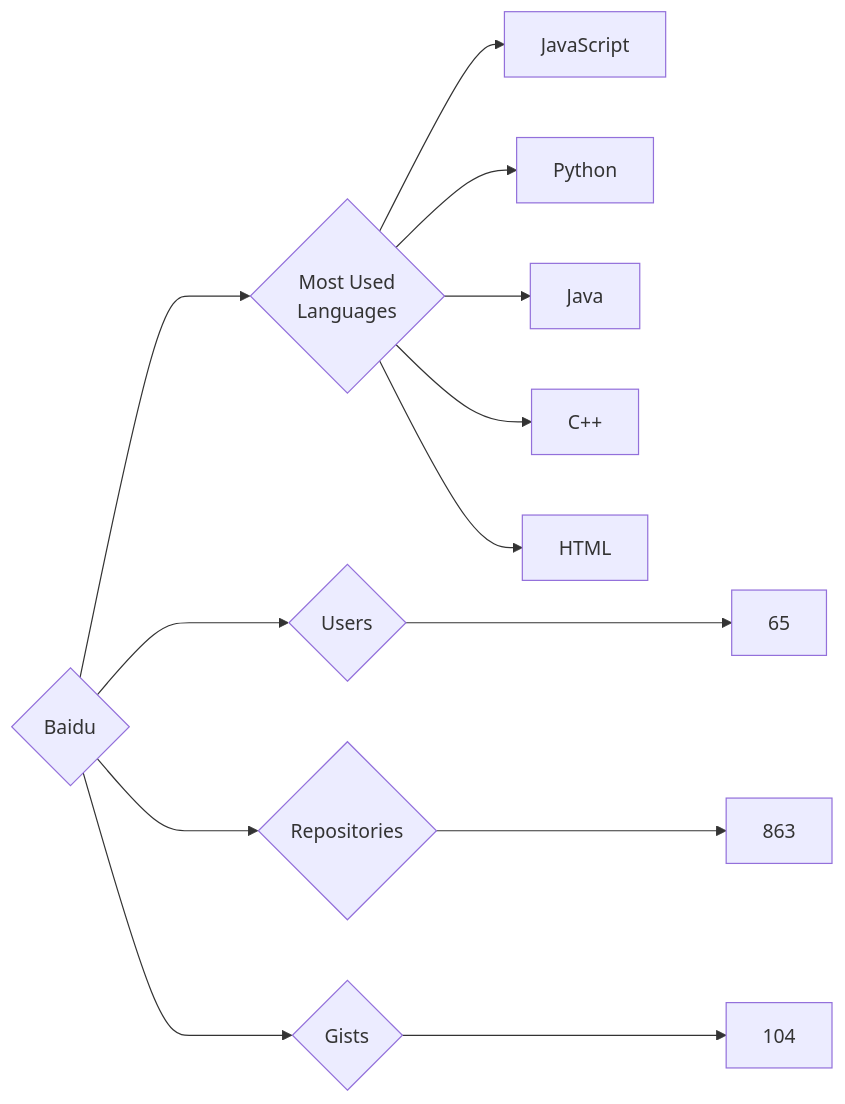
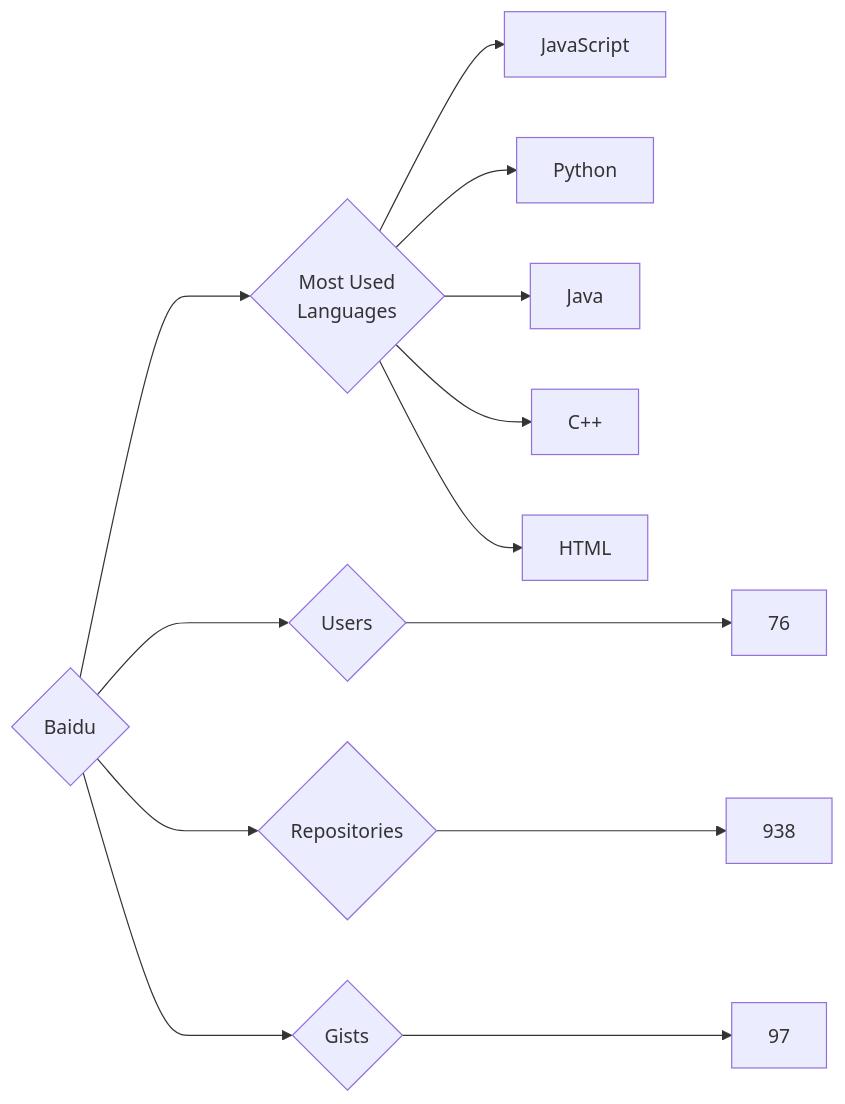
The diagram in targets/Baidu/README.md (trickest/insiders), drawn with Mermaid before and after one commit. The commit also changed 594 other files, not shown here.

````diff
--- a/targets/Baidu/README.md
+++ b/targets/Baidu/README.md
@@ -3,13 +3,13 @@
 ```mermaid
 graph LR
 COMPANY_NAME{Baidu}
-COMPANY_NAME ---> U{Users} ---> UN[65]
-COMPANY_NAME ---> R{Repositories} ---> RN[863]
-COMPANY_NAME ---> G{Gists} ---> GN[104]
+COMPANY_NAME ---> U{Users} ---> UN[76]
+COMPANY_NAME ---> R{Repositories} ---> RN[938]
+COMPANY_NAME ---> G{Gists} ---> GN[97]
 COMPANY_NAME ---> ML{Most Used<br>Languages}
 ML --> JavaScript[JavaScript]
 ML --> Python[Python]
 ML --> Java[Java]
 ML --> C++[C++]
 ML --> HTML[HTML]
 ```
````
